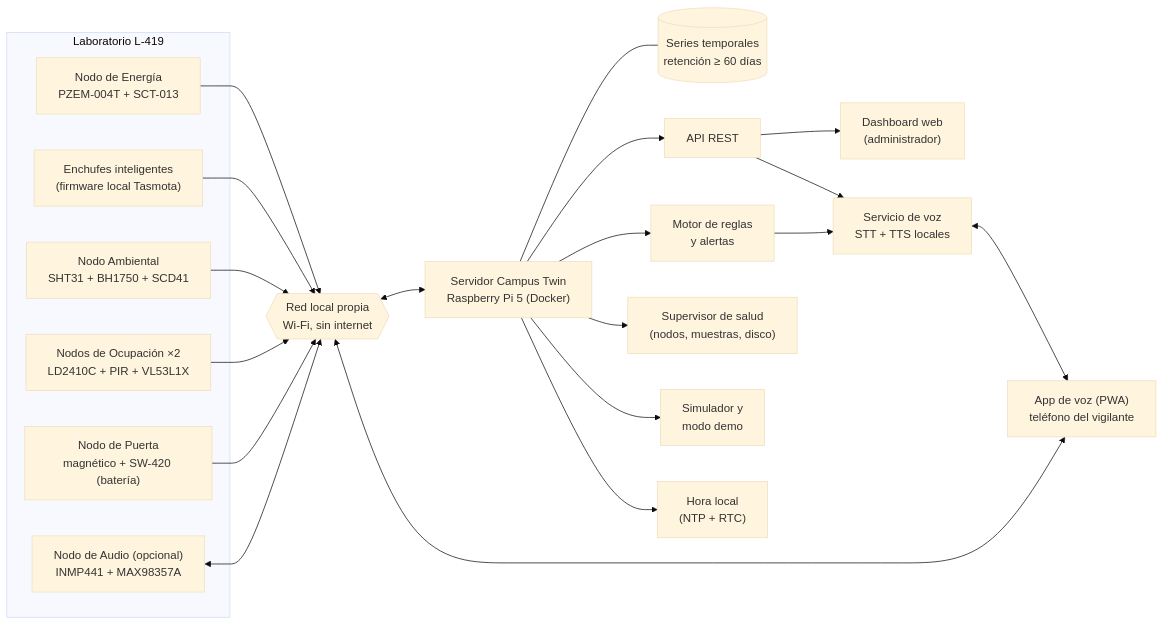
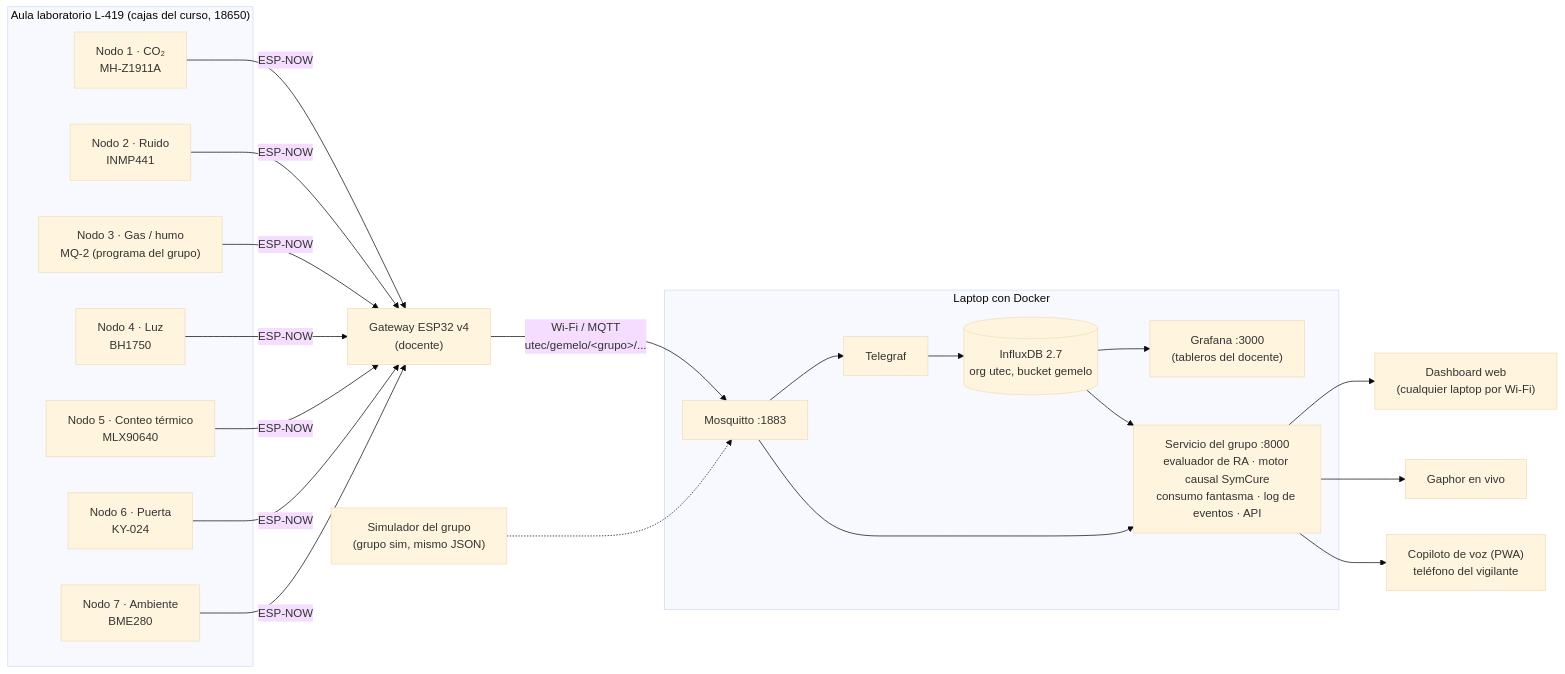
One commit to JoseEd0/PI3-DIGITAL-TWIN changed the diagram in docs/00-idea-principal.md. Above: the diagram before and after it, drawn with Mermaid (base theme). The commit also changed other lines of this file and 3 other files, not shown here.

````diff
--- a/docs/00-idea-principal.md
+++ b/docs/00-idea-principal.md
@@ -83,25 +106,24 @@
 ```mermaid
 flowchart LR
-    subgraph L419["Laboratorio L-419"]
-        SE["Nodo de Energía\nPZEM-004T + SCT-013"]
-        EN["Enchufes inteligentes\n(firmware local Tasmota)"]
-        SA["Nodo Ambiental\nSHT31 + BH1750 + SCD41"]
-        SO["Nodos de Ocupación ×2\nLD2410C + PIR + VL53L1X"]
-        SP["Nodo de Puerta\nmagnético + SW-420 (batería)"]
-        AU["Nodo de Audio (opcional)\nINMP441 + MAX98357A"]
+    subgraph L419["Aula laboratorio L-419 (cajas del curso, 18650)"]
+        N1["Nodo 1 · CO₂\nMH-Z1911A"]
+        N2["Nodo 2 · Ruido\nINMP441"]
+        N3["Nodo 3 · Gas / humo\nMQ-2 (programa del grupo)"]
+        N4["Nodo 4 · Luz\nBH1750"]
+        N5["Nodo 5 · Conteo térmico\nMLX90640"]
+        N6["Nodo 6 · Puerta\nKY-024"]
+        N7["Nodo 7 · Ambiente\nBME280"]
     end
-    SE & EN & SA & SO & SP --> RED{{"Red local propia\nWi-Fi, sin internet"}}
-    AU <--> RED
-    RED <--> PI["Servidor Campus Twin\nRaspberry Pi 5 (Docker)"]
-    PI --- BD[("Series temporales\nretención ≥ 60 días")]
-    PI --> API["API REST"]
-    PI --> REGLAS["Motor de reglas\ny alertas"]
-    PI --> SALUD["Supervisor de salud\n(nodos, muestras, disco)"]
-    PI --> SIM["Simulador y\nmodo demo"]
-    PI --> NTP["Hora local\n(NTP + RTC)"]
-    API --> DASH["Dashboard web\n(administrador)"]
-    API --> VOZ["Servicio de voz\nSTT + TTS locales"]
-    REGLAS --> VOZ
-    VOZ <--> PWA["App de voz (PWA)\nteléfono del vigilante"]
-    PWA <--> RED
+    N1 & N2 & N3 & N4 & N5 & N6 & N7 -- "ESP-NOW" --> GW["Gateway ESP32 v4\n(docente)"]
+    GW -- "Wi-Fi / MQTT\nutec/gemelo/&lt;grupo&gt;/..." --> MQ
+    SIM["Simulador del grupo\n(grupo sim, mismo JSON)"] -.-> MQ
+    subgraph LAP["Laptop con Docker"]
+        MQ["Mosquitto :1883"] --> TG["Telegraf"] --> IDB[("InfluxDB 2.7\norg utec, bucket gemelo")]
+        IDB --> GF["Grafana :3000\n(tableros del docente)"]
+        MQ --> SVC["Servicio del grupo :8000\nevaluador de RA · motor causal SymCure\nconsumo fantasma · log de eventos · API"]
+        IDB --> SVC
+    end
+    SVC --> DASH["Dashboard web\n(cualquier laptop por Wi-Fi)"]
+    SVC --> GAP["Gaphor en vivo"]
+    SVC --> PWA["Copiloto de voz (PWA)\nteléfono del vigilante"]
 ```
````
